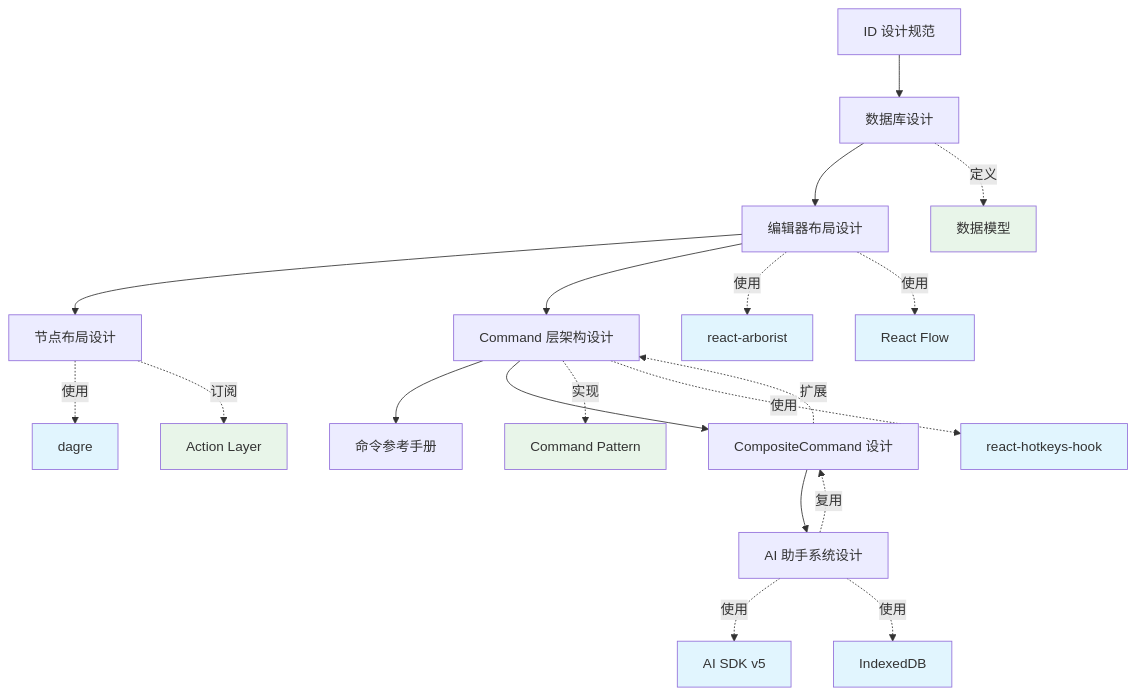
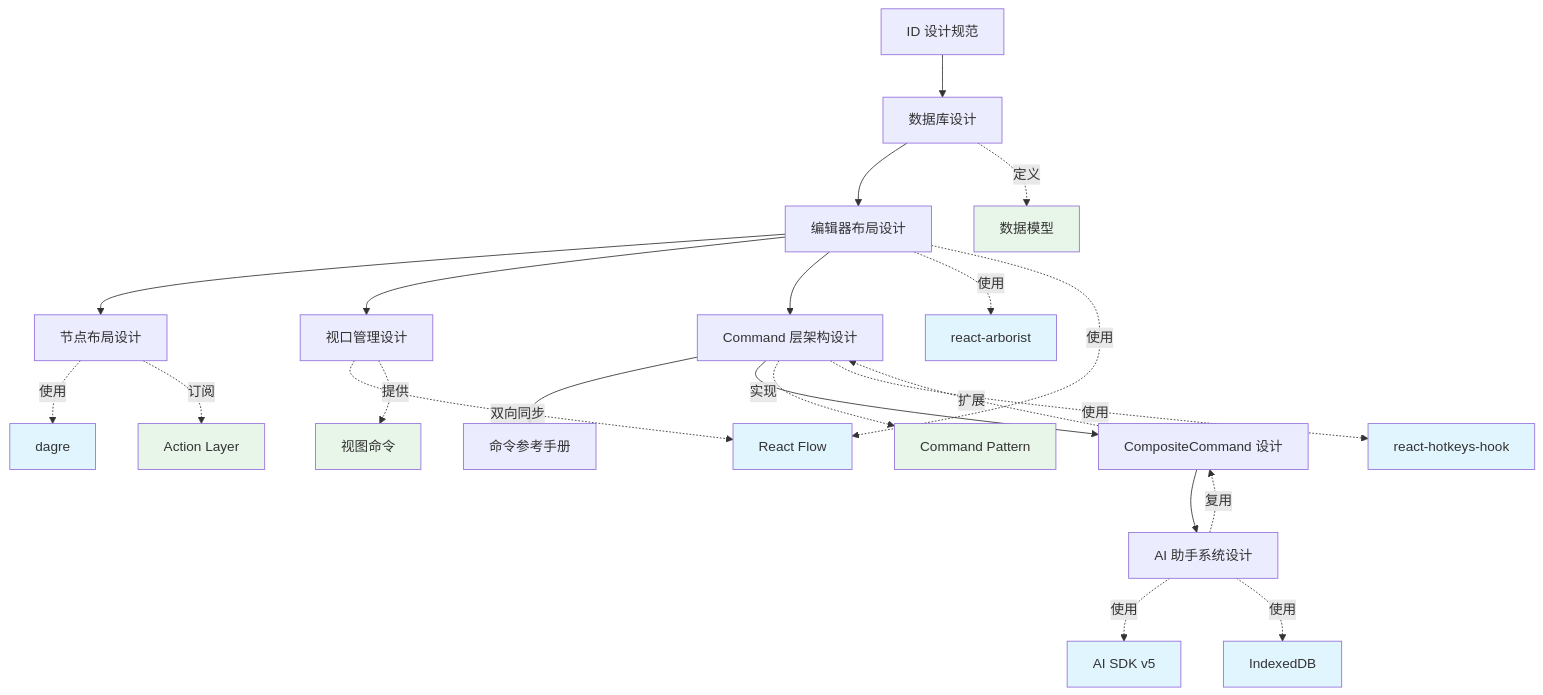
The diagram in docs/design/INDEX.md (colin-han/spider-mind-v2), drawn with Mermaid before and after one commit. The commit also changed other lines of this file and 6 other files, not shown here.

````diff
--- a/docs/design/INDEX.md
+++ b/docs/design/INDEX.md
@@ -91,32 +101,36 @@
 ```mermaid
 graph TD
     A[ID 设计规范] --> B[数据库设计]
     B --> C[编辑器布局设计]
     C --> O[节点布局设计]
+    C --> R[视口管理设计]
     C --> D[Command 层架构设计]
     D --> E[命令参考手册]
     D --> F[CompositeCommand 设计]
     F --> L[AI 助手系统设计]
 
     B -.->|定义| G[数据模型]
     C -.->|使用| H[react-arborist]
     C -.->|使用| I[React Flow]
     O -.->|使用| P[dagre]
     O -.->|订阅| Q[Action Layer]
+    R -.->|双向同步| I
+    R -.->|提供| S[视图命令]
     D -.->|实现| J[Command Pattern]
     D -.->|使用| K[react-hotkeys-hook]
     F -.->|扩展| D
     L -.->|使用| M[AI SDK v5]
     L -.->|使用| N[IndexedDB]
     L -.->|复用| F
 
     style G fill:#e8f5e9
     style H fill:#e1f5fe
     style I fill:#e1f5fe
     style J fill:#e8f5e9
     style K fill:#e1f5fe
     style M fill:#e1f5fe
     style N fill:#e1f5fe
     style P fill:#e1f5fe
     style Q fill:#e8f5e9
+    style S fill:#e8f5e9
 ```
````
